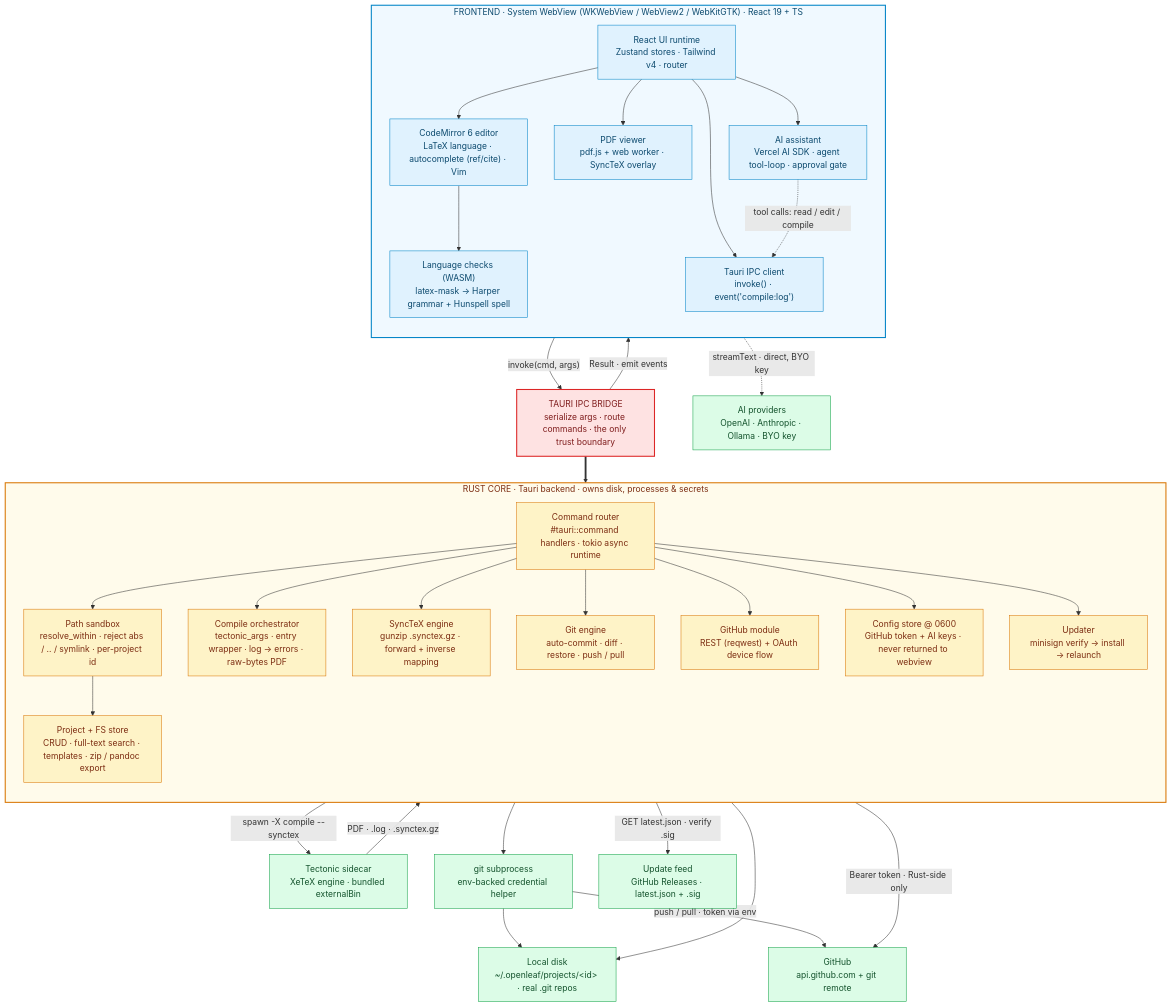
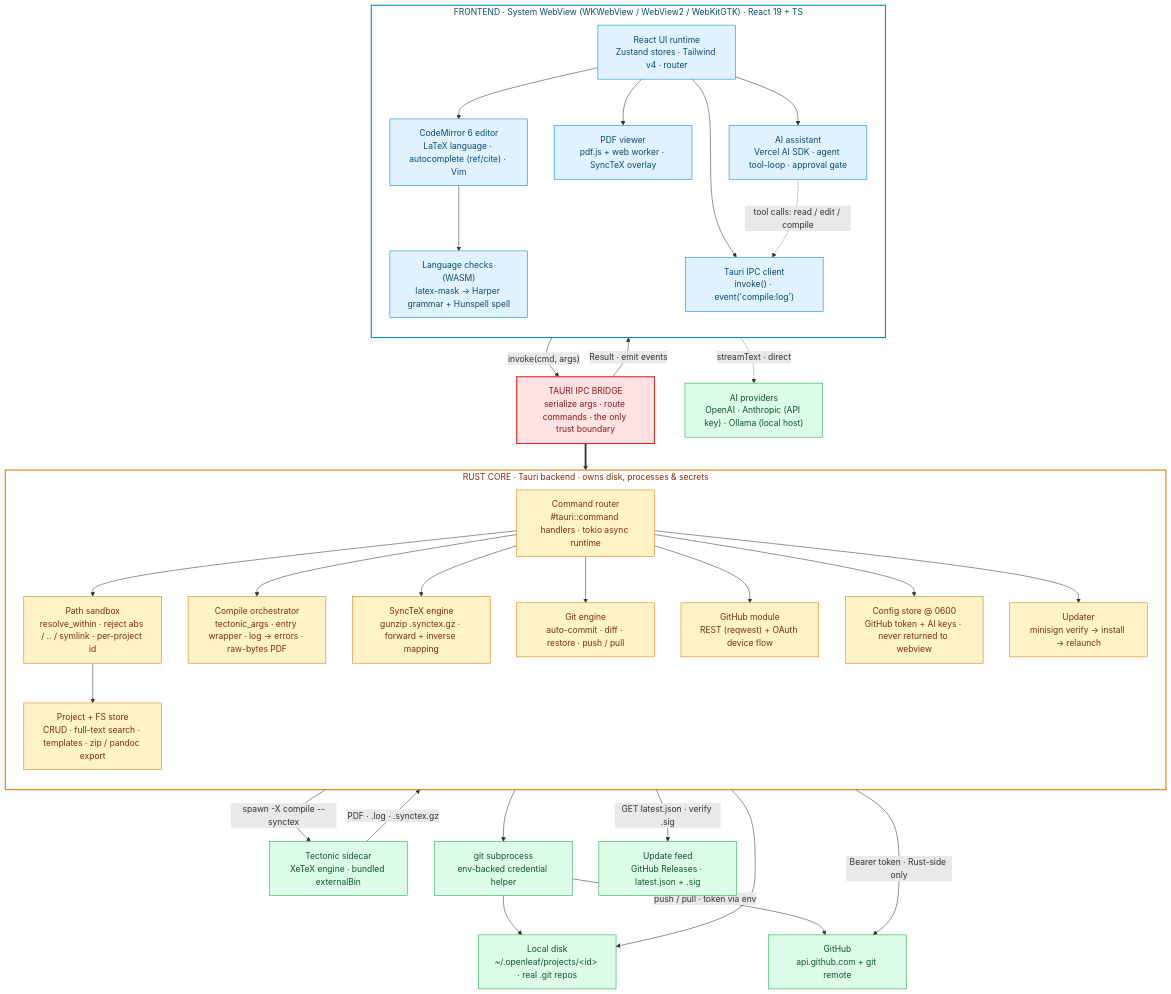
One commit to Oleafly/Oleafly changed the diagram in README.md. Above: the diagram before and after it, drawn with Mermaid. The commit also changed other lines of this file, not shown here.

Commit message:
docs: fix Ollama (host, not key); Yes/No instead of check/cross; clear diagram container fills

````diff
--- a/README.md
+++ b/README.md
@@ -186,75 +186,75 @@
 ```mermaid
 flowchart TB
   subgraph FE["FRONTEND · System WebView (WKWebView / WebView2 / WebKitGTK) · React 19 + TS"]
     direction TB
     UI["React UI runtime<br/>Zustand stores · Tailwind v4 · router"]
     CM["CodeMirror 6 editor<br/>LaTeX language · autocomplete (ref/cite) · Vim"]
     LINT["Language checks (WASM)<br/>latex-mask → Harper grammar + Hunspell spell"]
     PDF["PDF viewer<br/>pdf.js + web worker · SyncTeX overlay"]
     AICHAT["AI assistant<br/>Vercel AI SDK · agent tool-loop · approval gate"]
     IPCC["Tauri IPC client<br/>invoke() · event('compile:log')"]
     UI --> CM
     CM --> LINT
     UI --> PDF
     UI --> AICHAT
     UI --> IPCC
   end
 
   IPC["TAURI IPC BRIDGE<br/>serialize args · route commands · the only trust boundary"]
 
   subgraph BE["RUST CORE · Tauri backend · owns disk, processes &amp; secrets"]
     direction TB
     ROUTER["Command router<br/>#tauri::command handlers · tokio async runtime"]
     PATHS["Path sandbox<br/>resolve_within · reject abs / .. / symlink · per-project id"]
     PROJ["Project + FS store<br/>CRUD · full-text search · templates · zip / pandoc export"]
     COMPILE["Compile orchestrator<br/>tectonic_args · entry wrapper · log → errors · raw-bytes PDF"]
     SYNC["SyncTeX engine<br/>gunzip .synctex.gz · forward + inverse mapping"]
     GIT["Git engine<br/>auto-commit · diff · restore · push / pull"]
     GHAPI["GitHub module<br/>REST (reqwest) + OAuth device flow"]
     CFG["Config store @ 0600<br/>GitHub token + AI keys · never returned to webview"]
     UPD["Updater<br/>minisign verify → install → relaunch"]
     ROUTER --> PATHS
     PATHS --> PROJ
     ROUTER --> COMPILE
     ROUTER --> SYNC
     ROUTER --> GIT
     ROUTER --> GHAPI
     ROUTER --> CFG
     ROUTER --> UPD
   end
 
   TEC["Tectonic sidecar<br/>XeTeX engine · bundled externalBin"]
   GITBIN["git subprocess<br/>env-backed credential helper"]
   DISK["Local disk<br/>~/.openleaf/projects/&lt;id&gt; · real .git repos"]
   GHREMOTE["GitHub<br/>api.github.com + git remote"]
-  PROV["AI providers<br/>OpenAI · Anthropic · Ollama · BYO key"]
+  PROV["AI providers<br/>OpenAI · Anthropic (API key) · Ollama (local host)"]
   FEEDS["Update feed<br/>GitHub Releases · latest.json + .sig"]
 
   IPCC -->|"invoke(cmd, args)"| IPC
   IPC -->|"Result · emit events"| IPCC
   IPC ==> ROUTER
 
   COMPILE -->|"spawn -X compile --synctex"| TEC
   TEC -->|"PDF · .log · .synctex.gz"| COMPILE
   PROJ --> DISK
   GIT --> GITBIN
   GITBIN --> DISK
   GITBIN -->|"push / pull · token via env"| GHREMOTE
   GHAPI -->|"Bearer token · Rust-side only"| GHREMOTE
   UPD -->|"GET latest.json · verify .sig"| FEEDS
-  AICHAT -.->|"streamText · direct, BYO key"| PROV
+  AICHAT -.->|"streamText · direct"| PROV
   AICHAT -.->|"tool calls: read / edit / compile"| IPCC
 
   classDef fe fill:#e0f2fe,stroke:#0284c7,stroke-width:1px,color:#0c4a6e;
   classDef be fill:#fef3c7,stroke:#d97706,stroke-width:1px,color:#7c2d12;
   classDef ext fill:#dcfce7,stroke:#16a34a,stroke-width:1px,color:#14532d;
   classDef bound fill:#fee2e2,stroke:#dc2626,stroke-width:2px,color:#7f1d1d;
 
   class UI,CM,LINT,PDF,AICHAT,IPCC fe;
   class ROUTER,PATHS,PROJ,COMPILE,SYNC,GIT,GHAPI,CFG,UPD be;
   class TEC,GITBIN,DISK,GHREMOTE,PROV,FEEDS ext;
   class IPC bound;
 
-  style FE fill:#f0f9ff,stroke:#0284c7,stroke-width:2px,color:#0c4a6e;
-  style BE fill:#fffbeb,stroke:#d97706,stroke-width:2px,color:#7c2d12;
+  style FE fill:none,stroke:#0284c7,stroke-width:2px,color:#0c4a6e;
+  style BE fill:none,stroke:#d97706,stroke-width:2px,color:#7c2d12;
 ```
````
